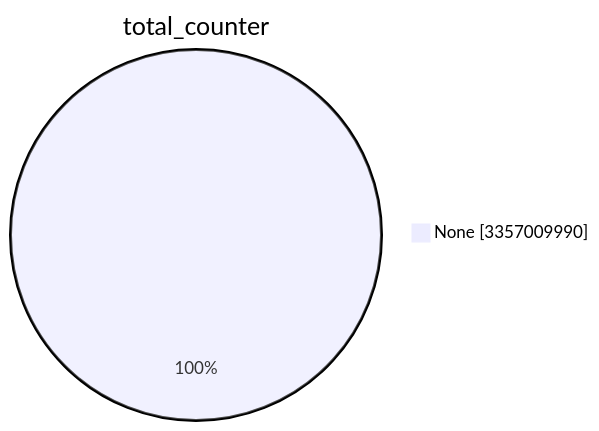
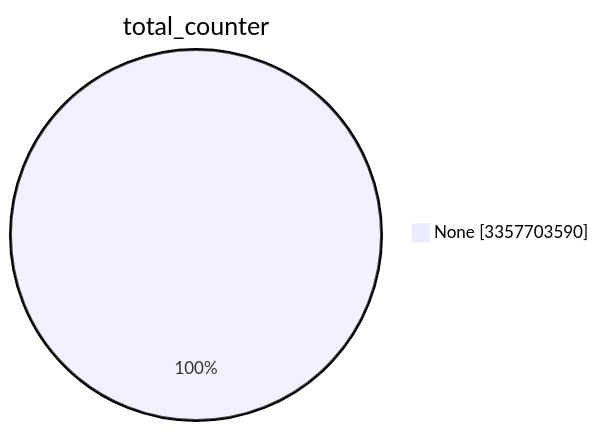
One commit to christiankrug/ctmonitor_visualization changed the first of 15 diagrams in TOTAL/README.md. Above: the diagram before and after it, drawn with Mermaid. The commit also changed other lines of this file, not shown here.

````diff
--- a/TOTAL/README.md
+++ b/TOTAL/README.md
@@ -1,5 +1,5 @@
 ```mermaid
 pie showData
 title total_counter
-"None" :3357009990
+"None" :3357703590
 ```
````
